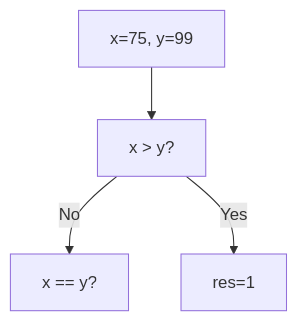
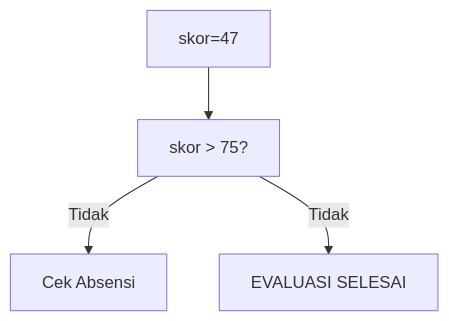
One commit to amnahwaida/OSNK_INF_PREP changed the seventh of 25 diagrams in part-c-pemahaman-cpp/02-percabangan/latihan/set-04.md. Above: the diagram before and after it, drawn with Mermaid. The commit also changed other lines of this file and 71 other files, not shown here.

````diff
--- a/part-c-pemahaman-cpp/02-percabangan/latihan/set-04.md
+++ b/part-c-pemahaman-cpp/02-percabangan/latihan/set-04.md
@@ -191,6 +197,6 @@
 ```mermaid
 graph TD
-A["x=75, y=99"] --> B["x > y?"]
-B -- No --> C["x == y?"]
-B -- Yes --> D[res=1]
+A["skor=47"] --> B["skor > 75?"]
+B -- Tidak --> C["Cek Absensi"]
+B -- Tidak --> D["EVALUASI SELESAI"]
 ```
````
